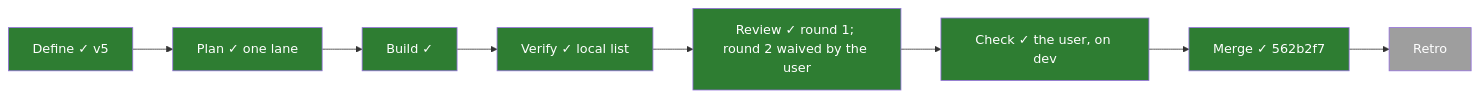
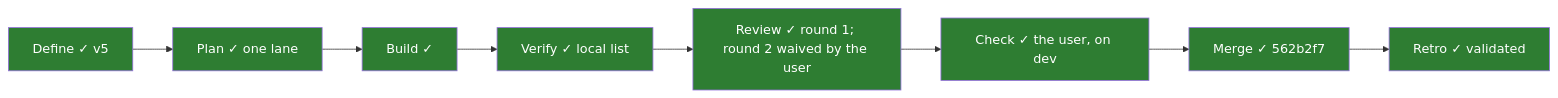
The first of 2 diagrams in .task/050-progress-sync.md (PaliCanon/learn-pali), drawn with Mermaid before and after one commit. The commit also changed other lines of this file, not shown here.

Commit message:
chore(task): 050 retro validated

````diff
--- a/.task/050-progress-sync.md
+++ b/.task/050-progress-sync.md
@@ -11,7 +11,7 @@
 ```mermaid
 flowchart LR
-  Define["Define ✓ v5"]:::done --> Plan["Plan ✓ one lane"]:::done --> Build["Build ✓"]:::done --> Verify["Verify ✓ local list"]:::done --> Review["Review ✓ round 1; round 2 waived by the user"]:::done --> Check["Check ✓ the user, on dev"]:::done --> Merge["Merge ✓ 562b2f7"]:::done --> Retro:::todo
+  Define["Define ✓ v5"]:::done --> Plan["Plan ✓ one lane"]:::done --> Build["Build ✓"]:::done --> Verify["Verify ✓ local list"]:::done --> Review["Review ✓ round 1; round 2 waived by the user"]:::done --> Check["Check ✓ the user, on dev"]:::done --> Merge["Merge ✓ 562b2f7"]:::done --> Retro["Retro ✓ validated"]:::done
   classDef doing fill:#f9a825,color:#000
   classDef done fill:#2e7d32,color:#fff
   classDef todo fill:#9e9e9e,color:#fff
 ```
````
